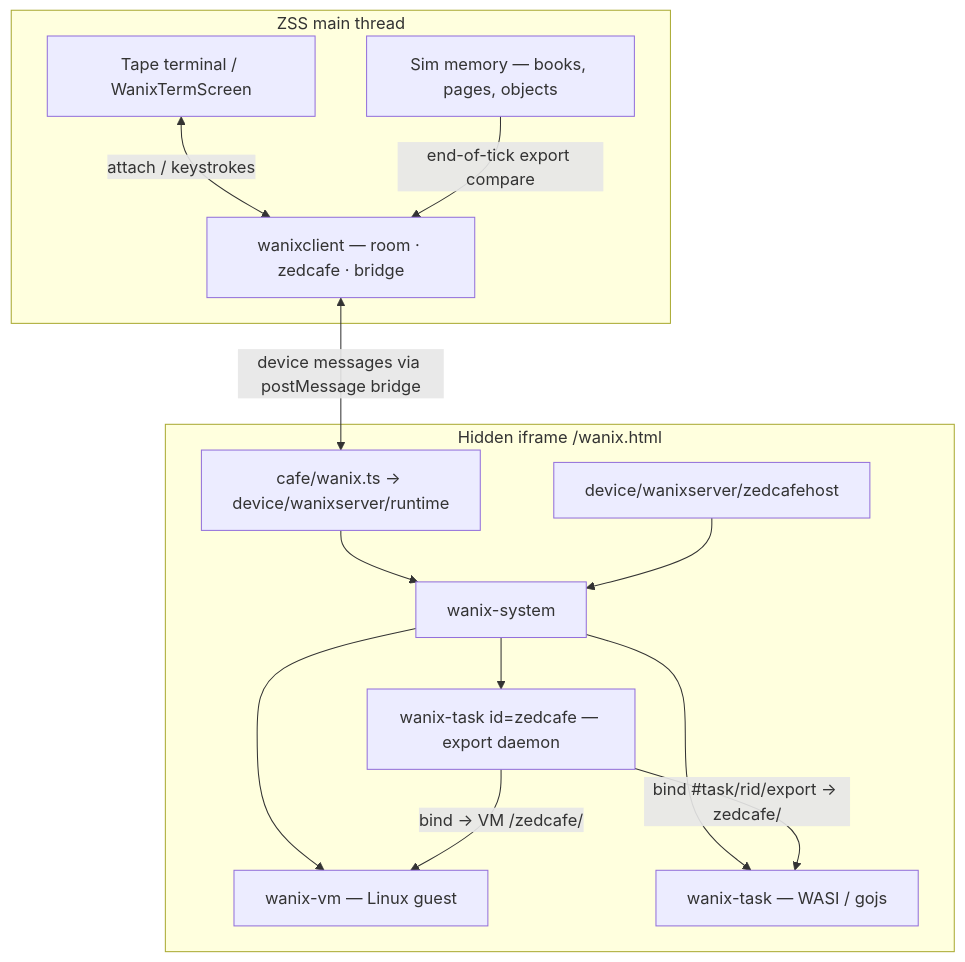
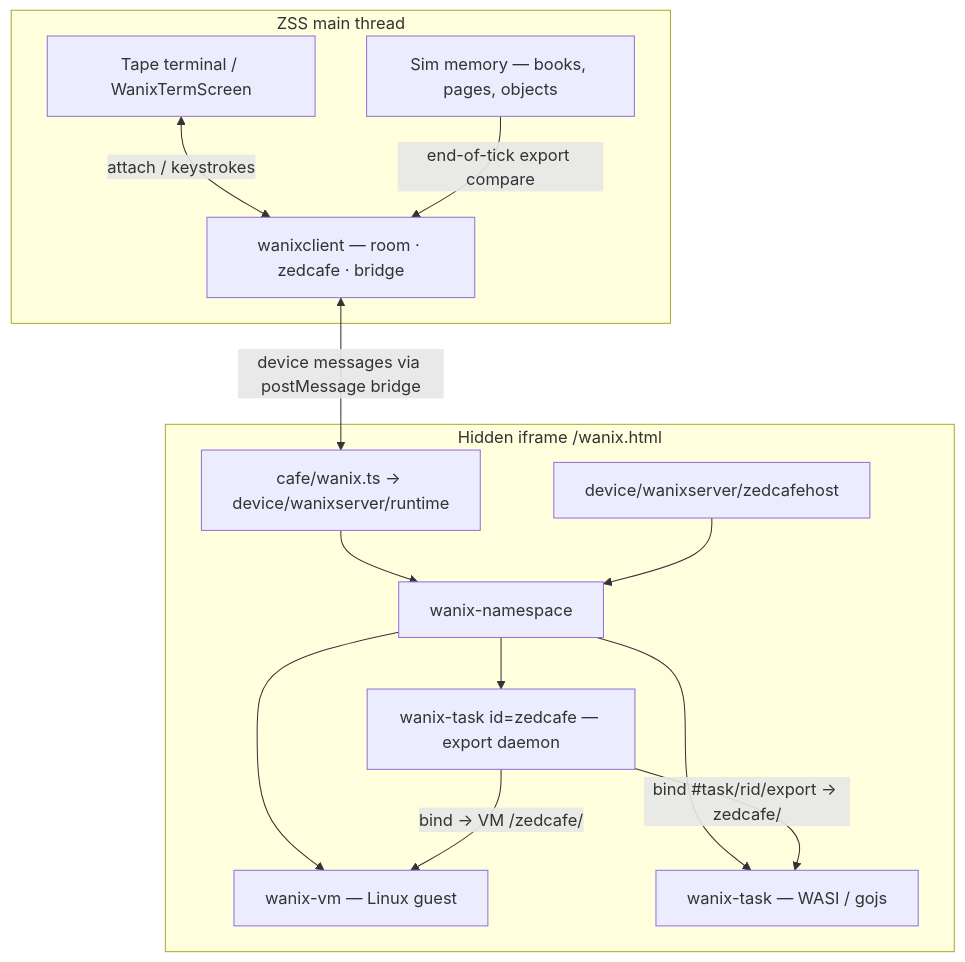
Before and after one commit to goldbuick/zed-software-system: the first of 9 diagrams in zss/feature/wanix/README.md, drawn with Mermaid. The commit also changed other lines of this file and 27 other files, not shown here.

````diff
--- a/zss/feature/wanix/README.md
+++ b/zss/feature/wanix/README.md
@@ -35,25 +35,25 @@
 ```mermaid
 flowchart TB
   subgraph zss_main["ZSS main thread"]
     UI["Tape terminal / WanixTermScreen"]
     Mem["Sim memory — books, pages, objects"]
     Parent["wanixclient — room · zedcafe · bridge"]
     UI <-- attach / keystrokes --> Parent
     Mem -->|"end-of-tick export compare"| Parent
   end
 
   subgraph iframe["Hidden iframe /wanix.html"]
     Cafe["cafe/wanix.ts → device/wanixserver/runtime"]
-    Sys["wanix-system"]
+    Sys["wanix-namespace"]
     Host["device/wanixserver/zedcafehost"]
     Cafe --> Sys
     Host --> Sys
     Sys --> VM["wanix-vm — Linux guest"]
     Sys --> Tasks["wanix-task — WASI / gojs"]
     Sys --> ZTask["wanix-task id=zedcafe — export daemon"]
   end
 
   Parent <-->|"device messages via postMessage bridge"| Cafe
   ZTask -->|"bind #task/rid/export → zedcafe/"| Tasks
   ZTask -->|"bind → VM /zedcafe/"| VM
 ```
````
